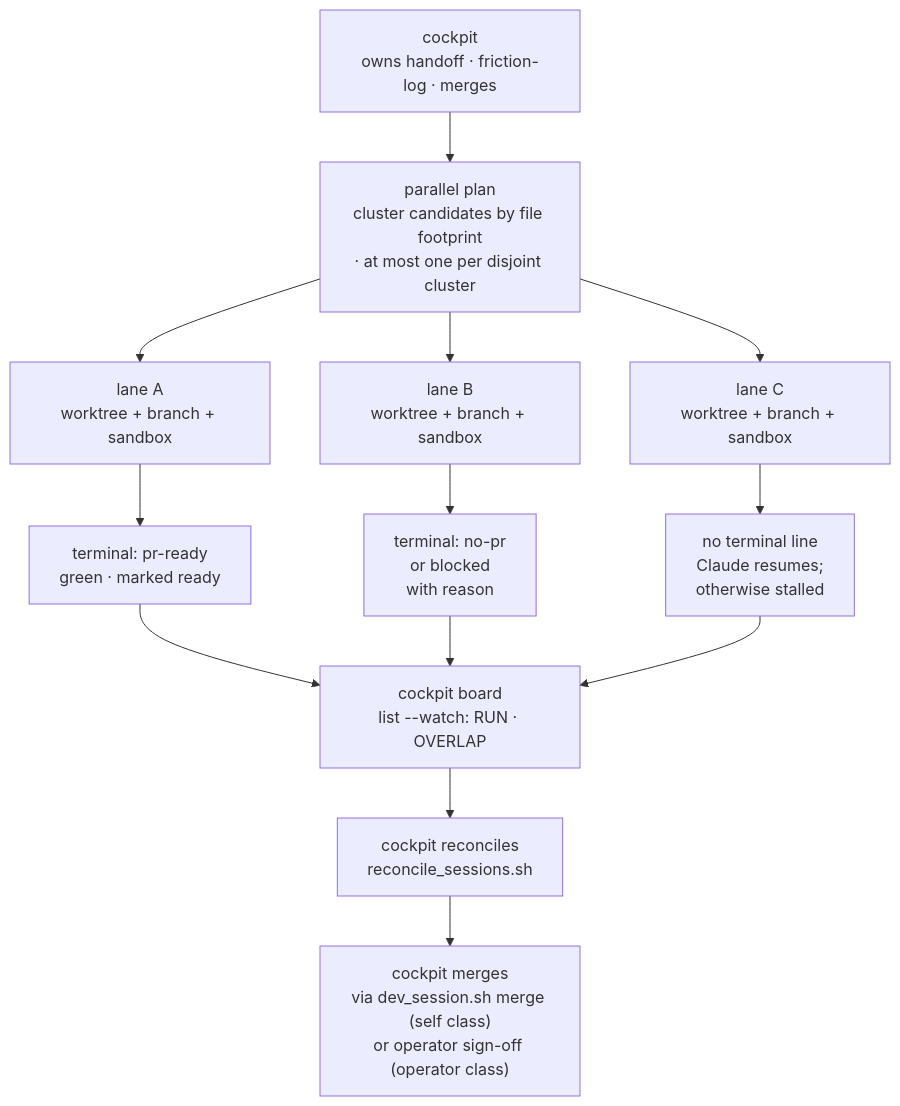
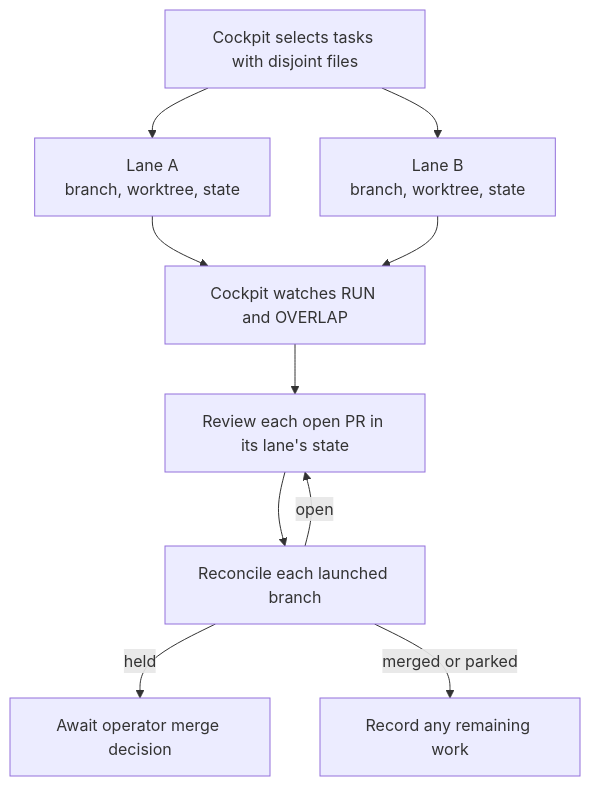
One commit to topij/agentic-dev-kit changed the diagram in docs/parallel-dev.md. Above: the diagram before and after it, drawn with Mermaid. The commit also changed other lines of this file and 12 other files, not shown here.

````diff
--- a/docs/parallel-dev.md
+++ b/docs/parallel-dev.md
@@ -52,15 +50,14 @@
 ```mermaid
 flowchart TD
-    CP["cockpit<br/>owns handoff · friction-log · merges"] --> Plan["parallel plan<br/>cluster candidates by file footprint<br/>· at most one per disjoint cluster"]
-    Plan --> L1["lane A<br/>worktree + branch + sandbox"]
-    Plan --> L2["lane B<br/>worktree + branch + sandbox"]
-    Plan --> L3["lane C<br/>worktree + branch + sandbox"]
-    L1 --> D1["terminal: pr-ready<br/>green · marked ready"]
-    L2 --> D2["terminal: no-pr<br/>or blocked<br/>with reason"]
-    L3 --> D3["no terminal line<br/>Claude resumes;<br/>otherwise stalled"]
-    D1 --> B["cockpit board<br/>list --watch: RUN · OVERLAP"]
-    D2 --> B
-    D3 --> B
-    B --> R["cockpit reconciles<br/>reconcile_sessions.sh"]
-    R --> M["cockpit merges<br/>via dev_session.sh merge (self class)<br/>or operator sign-off (operator class)"]
+    accTitle: Following a batch of parallel lanes
+    accDescr: The cockpit selects work with disjoint files, watches each lane's progress, reviews open pull requests in their lane state and reconciles the branches. Open work returns to review. Held pull requests go to the operator. Merged and parked work are accounted for in the handoff.
+    Plan["Cockpit selects tasks with disjoint files"] --> A["Lane A<br/>branch, worktree, state"]
+    Plan --> B["Lane B<br/>branch, worktree, state"]
+    A --> Board["Cockpit watches RUN and OVERLAP"]
+    B --> Board
+    Board --> Review["Review each open PR in its lane's state"]
+    Review --> Reconcile["Reconcile each launched branch"]
+    Reconcile -->|open| Review
+    Reconcile -->|held| Held["Await operator merge decision"]
+    Reconcile -->|merged or parked| Handoff["Record any remaining work"]
 ```
````
